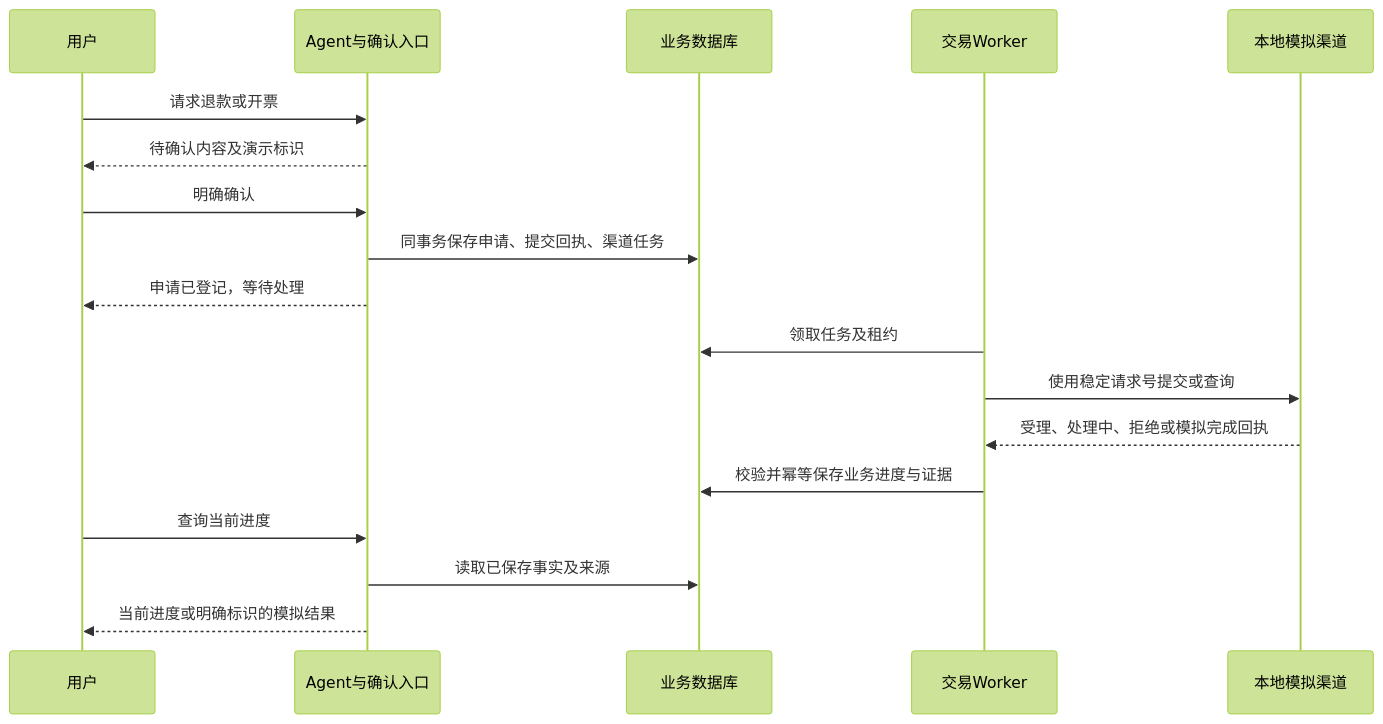
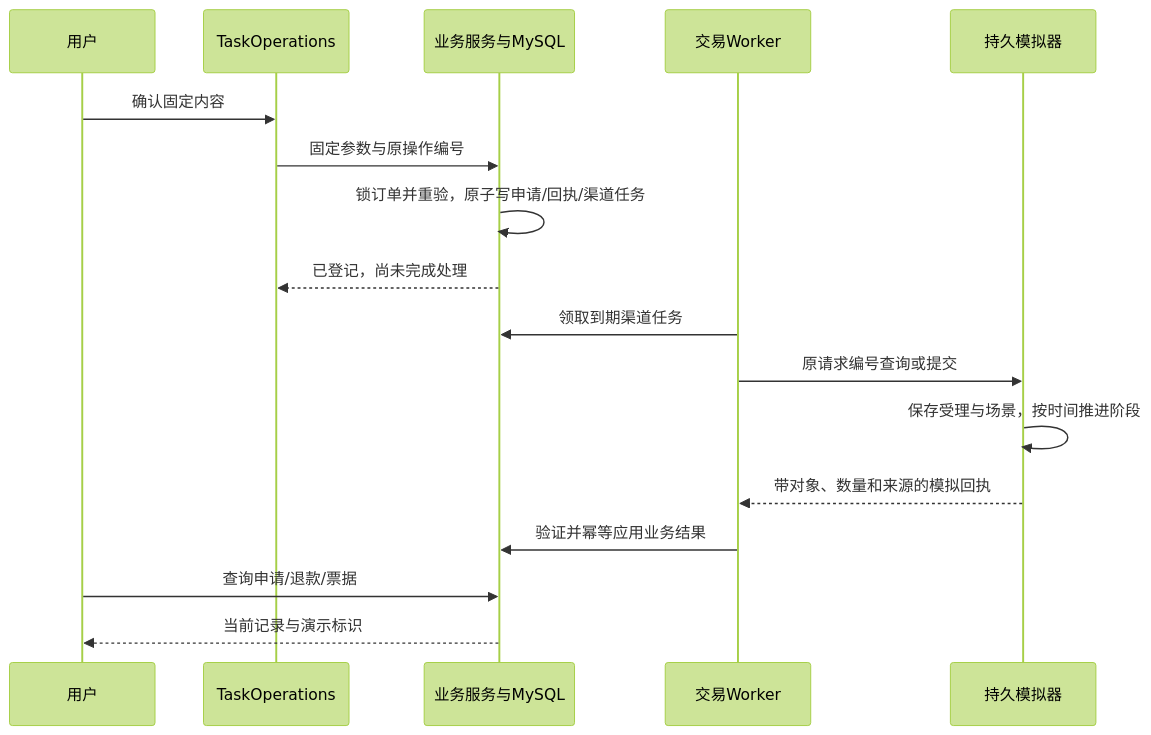
The diagram in docs/售后与开票本地演示闭环方案.md (onedayhappen/ecom-customer-service), drawn with Mermaid (forest theme) before and after one commit. The commit also changed other lines of this file and 72 other files, not shown here.

````diff
--- a/docs/售后与开票本地演示闭环方案.md
+++ b/docs/售后与开票本地演示闭环方案.md
@@ -61,20 +36,19 @@
 ```mermaid
 sequenceDiagram
     participant U as 用户
-    participant A as Agent与确认入口
-    participant B as 业务数据库
+    participant O as TaskOperations
+    participant B as 业务服务与MySQL
     participant W as 交易Worker
-    participant P as 本地模拟渠道
-    U->>A: 请求退款或开票
-    A-->>U: 待确认内容及演示标识
-    U->>A: 明确确认
-    A->>B: 同事务保存申请、提交回执、渠道任务
-    A-->>U: 申请已登记，等待处理
-    W->>B: 领取任务及租约
-    W->>P: 使用稳定请求号提交或查询
-    P-->>W: 受理、处理中、拒绝或模拟完成回执
-    W->>B: 校验并幂等保存业务进度与证据
-    U->>A: 查询当前进度
-    A->>B: 读取已保存事实及来源
-    A-->>U: 当前进度或明确标识的模拟结果
+    participant S as 持久模拟器
+    U->>O: 确认固定内容
+    O->>B: 固定参数与原操作编号
+    B->>B: 锁订单并重验，原子写申请/回执/渠道任务
+    B-->>O: 已登记，尚未完成处理
+    W->>B: 领取到期渠道任务
+    W->>S: 原请求编号查询或提交
+    S->>S: 保存受理与场景，按时间推进阶段
+    S-->>W: 带对象、数量和来源的模拟回执
+    W->>B: 验证并幂等应用业务结果
+    U->>B: 查询申请/退款/票据
+    B-->>U: 当前记录与演示标识
 ```
````
